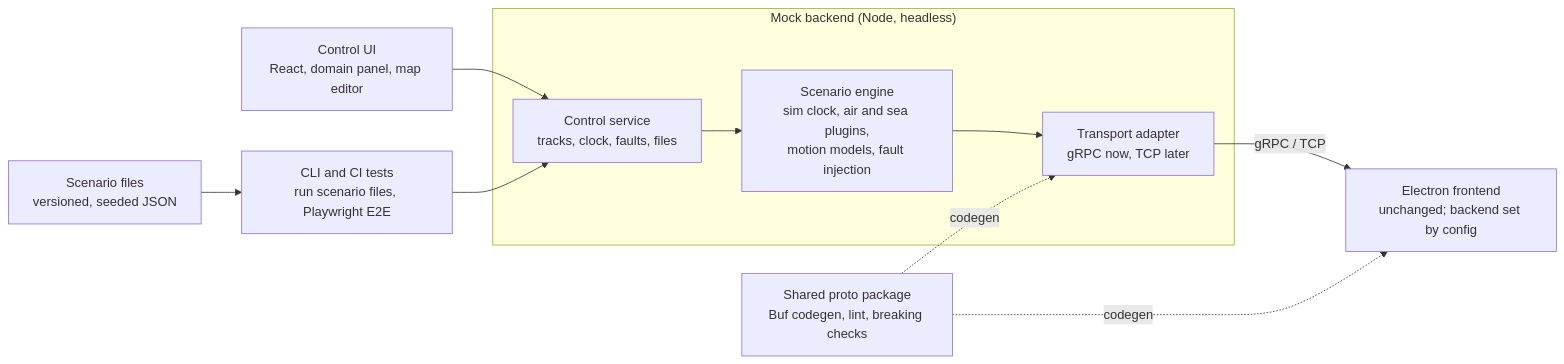
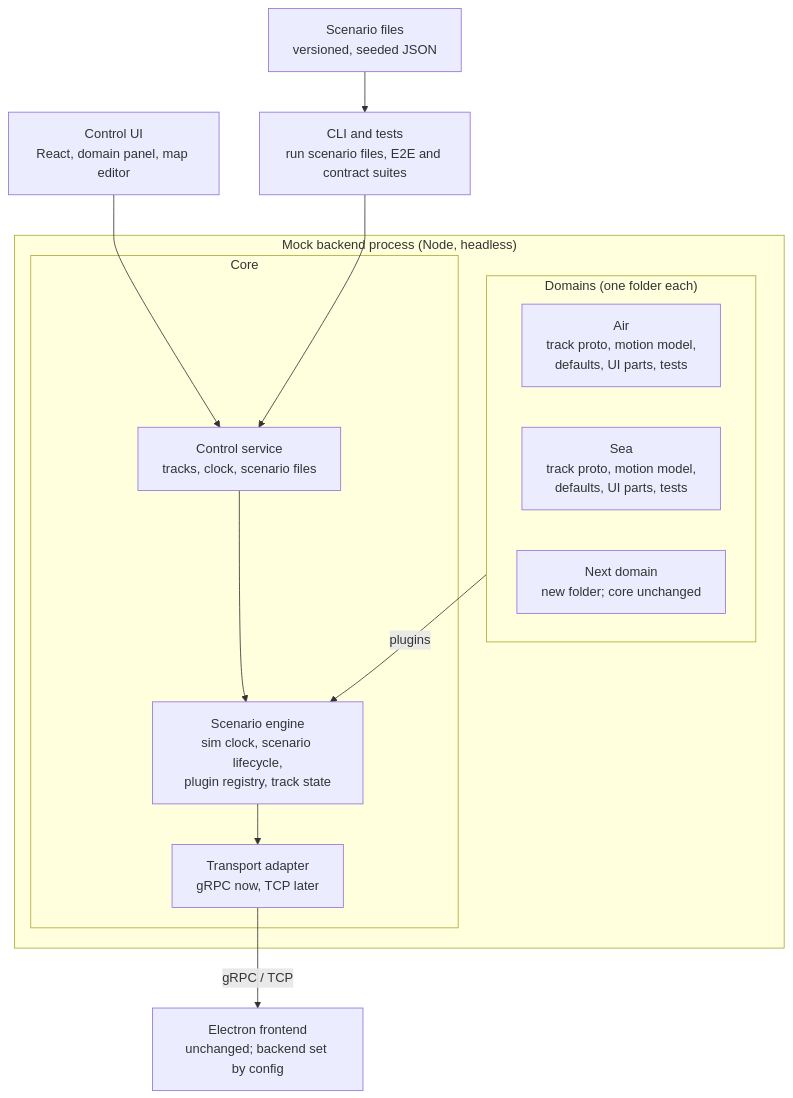
The diagram in designer/mock-track-backend-spec.md (sebastianbilling/OpenCodeSettings), drawn with Mermaid before and after one commit. The commit also changed other lines of this file, not shown here.

````diff
--- a/designer/mock-track-backend-spec.md
+++ b/designer/mock-track-backend-spec.md
@@ -30,13 +32,19 @@
 ```mermaid
-flowchart LR
+flowchart TB
   UI["Control UI<br/>React, domain panel, map editor"] --> CS
-  CLI["CLI and CI tests<br/>run scenario files, Playwright E2E"] --> CS
+  CLI["CLI and tests<br/>run scenario files, E2E and contract suites"] --> CS
   FILES["Scenario files<br/>versioned, seeded JSON"] --> CLI
-  subgraph MOCK["Mock backend (Node, headless)"]
-    CS["Control service<br/>tracks, clock, faults, files"] --> ENG["Scenario engine<br/>sim clock, air and sea plugins,<br/>motion models, fault injection"]
-    ENG --> TA["Transport adapter<br/>gRPC now, TCP later"]
+  subgraph MOCK["Mock backend process (Node, headless)"]
+    subgraph CORE["Core"]
+      CS["Control service<br/>tracks, clock, scenario files"] --> ENG["Scenario engine<br/>sim clock, scenario lifecycle,<br/>plugin registry, track state"]
+      ENG --> TA["Transport adapter<br/>gRPC now, TCP later"]
+    end
+    subgraph DOMAINS["Domains (one folder each)"]
+      AIR["Air<br/>track proto, motion model,<br/>defaults, UI parts, tests"]
+      SEA["Sea<br/>track proto, motion model,<br/>defaults, UI parts, tests"]
+      NEXT["Next domain<br/>new folder; core unchanged"]
+    end
+    DOMAINS -- plugins --> ENG
   end
   TA -- "gRPC / TCP" --> FE["Electron frontend<br/>unchanged; backend set by config"]
-  PROTO["Shared proto package<br/>Buf codegen, lint, breaking checks"] -. codegen .-> TA
-  PROTO -. codegen .-> FE
 ```
````
